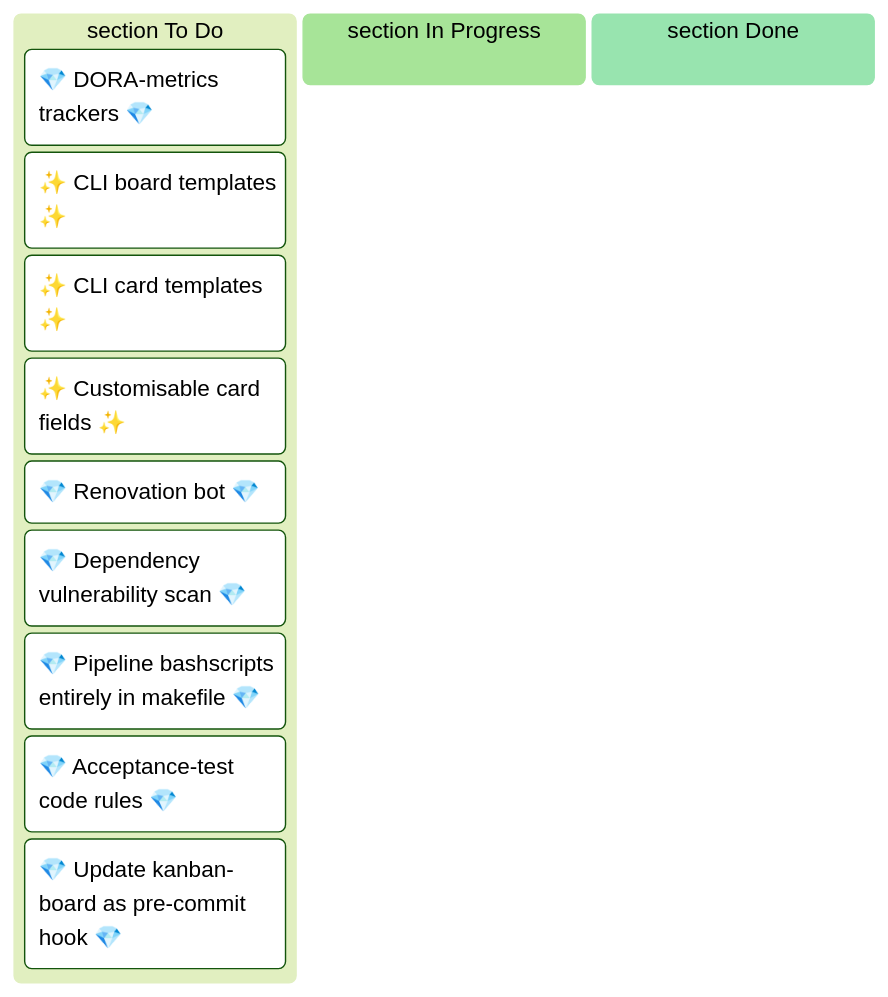
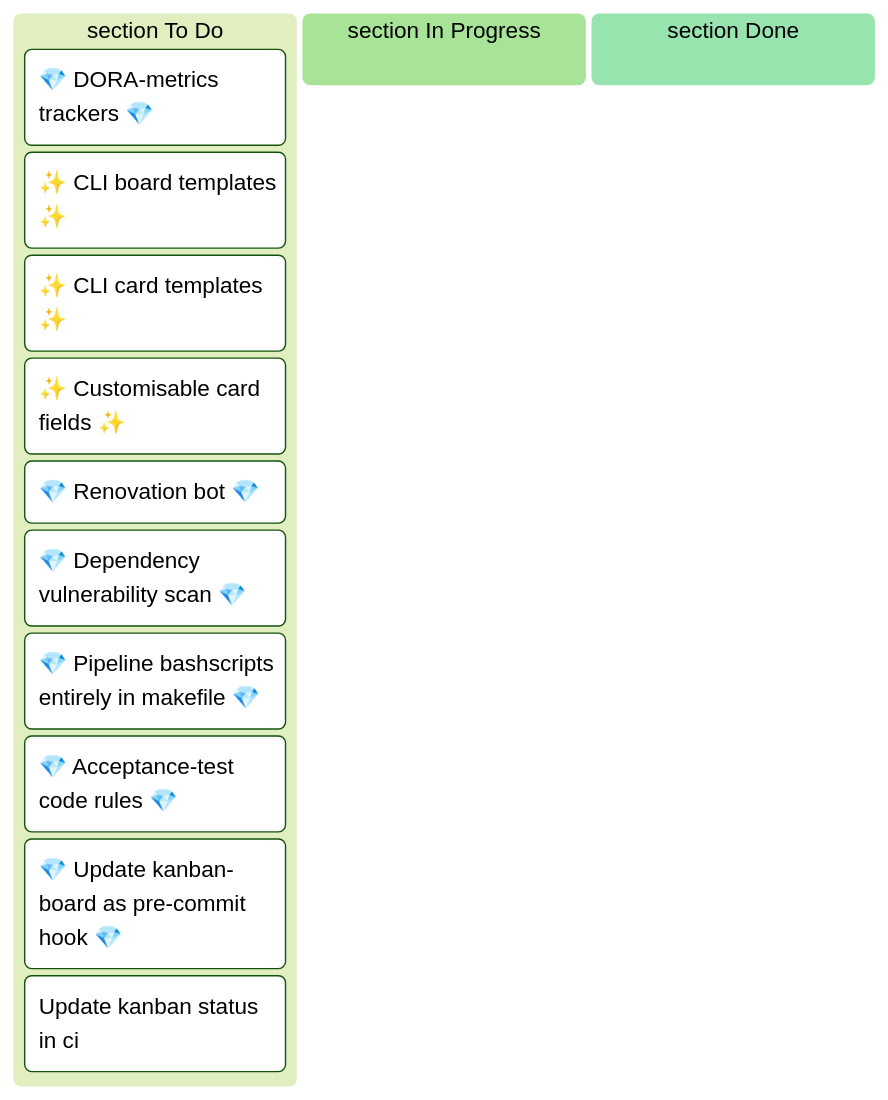
Before and after one commit to jmsargent/Kanban: the diagram in README.md, drawn with Mermaid (forest theme). The commit also changed other lines of this file and 1 other file, not shown here.

Commit message:
chore: update kanban board

````diff
--- a/README.md
+++ b/README.md
@@ -8,15 +8,16 @@
 ```mermaid
 kanban
   section To Do
     TASK-001@{ label: "💎 DORA-metrics trackers 💎" }
     TASK-002@{ label: "✨ CLI board templates ✨" }
     TASK-003@{ label: "✨ CLI card templates ✨" }
     TASK-004@{ label: "✨ Customisable card fields ✨" }
     TASK-005@{ label: "💎 Renovation bot 💎" }
     TASK-006@{ label: "💎 Dependency vulnerability scan 💎" }
     TASK-007@{ label: "💎 Pipeline bashscripts entirely in makefile 💎" }
     TASK-008@{ label: "💎 Acceptance-test code rules 💎" }
     TASK-009@{ label: "💎 Update kanban-board as pre-commit hook 💎" }
+    TASK-010@{ label: "Update kanban status in ci" }
   section In Progress
   section Done
 ```
````
